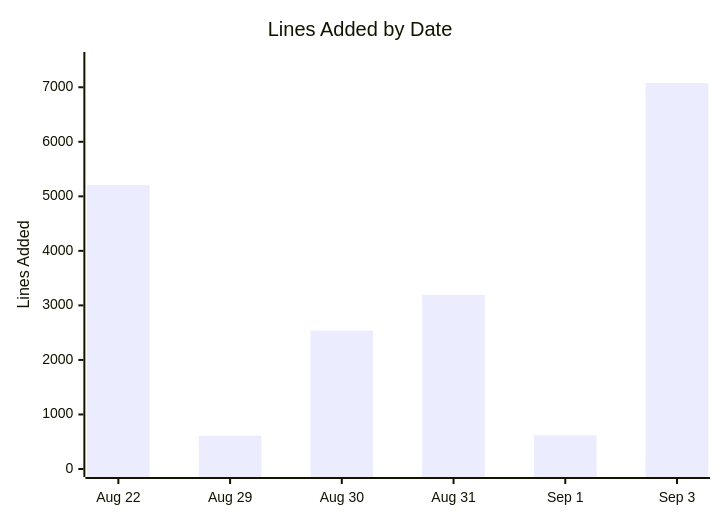
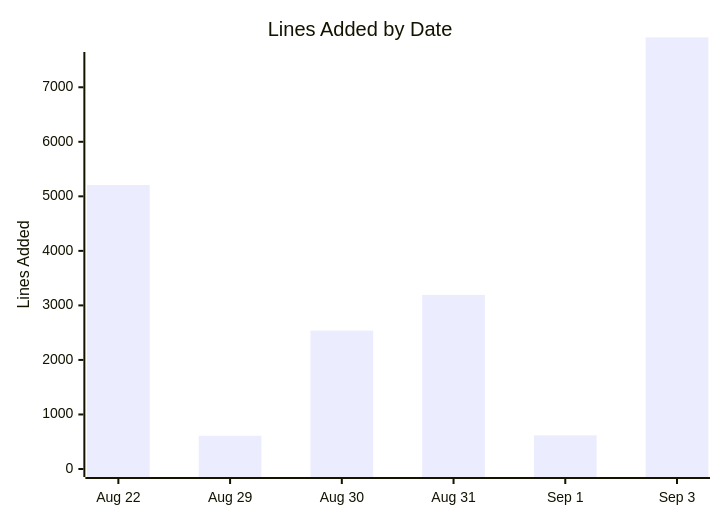
The second of 2 diagrams in docs/PROJECT_SUMMARY.md (roger64s/CodeWithKris), drawn with Mermaid before and after one commit. The commit also changed other lines of this file and 9 other files, not shown here.

````diff
--- a/docs/PROJECT_SUMMARY.md
+++ b/docs/PROJECT_SUMMARY.md
@@ -31,7 +31,7 @@
 ```mermaid
 xychart-beta
     title "Lines Added by Date"
     x-axis ["Aug 22", "Aug 29", "Aug 30", "Aug 31", "Sep 1", "Sep 3"]
     y-axis "Lines Added" 0 --> 7500
-    bar [5208, 609, 2538, 3193, 617, 7079]
+    bar [5208, 609, 2538, 3193, 617, 7915]
 ```
````
